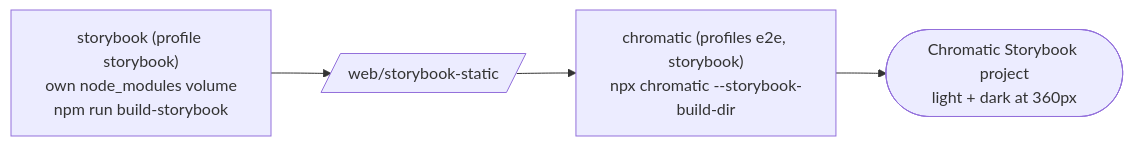
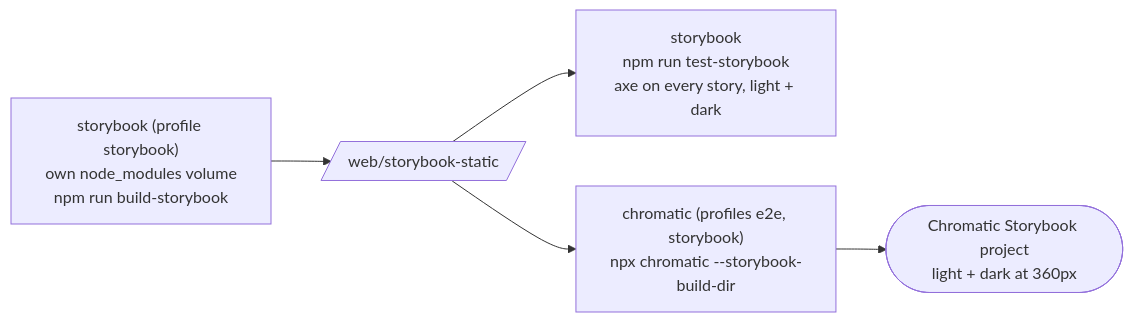
Before and after one commit to l1em1on1/social-tennis: diagram 11 of 12 in docs/architecture.md, drawn with Mermaid. The commit also changed other lines of this file and 12 other files, not shown here.

First line of the commit message:
Storybook checks every component's accessibility; /dev/ui goes (#232) (#235)

````diff
--- a/docs/architecture.md
+++ b/docs/architecture.md
@@ -503,5 +503,6 @@
 ```mermaid
 flowchart LR
     SB["storybook (profile storybook)<br/>own node_modules volume<br/>npm run build-storybook"] --> ST[/"web/storybook-static"/]
+    ST --> AX["storybook<br/>npm run test-storybook<br/>axe on every story, light + dark"]
     ST --> C2["chromatic (profiles e2e, storybook)<br/>npx chromatic --storybook-build-dir"] --> CH2(["Chromatic Storybook project<br/>light + dark at 360px"])
 ```
````
